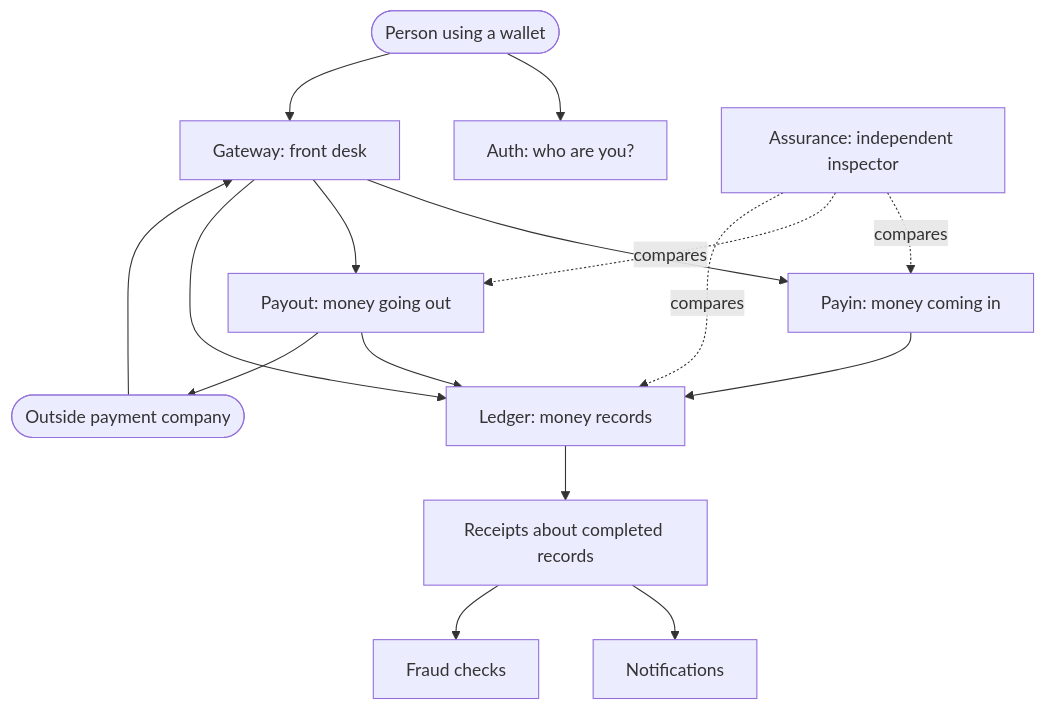
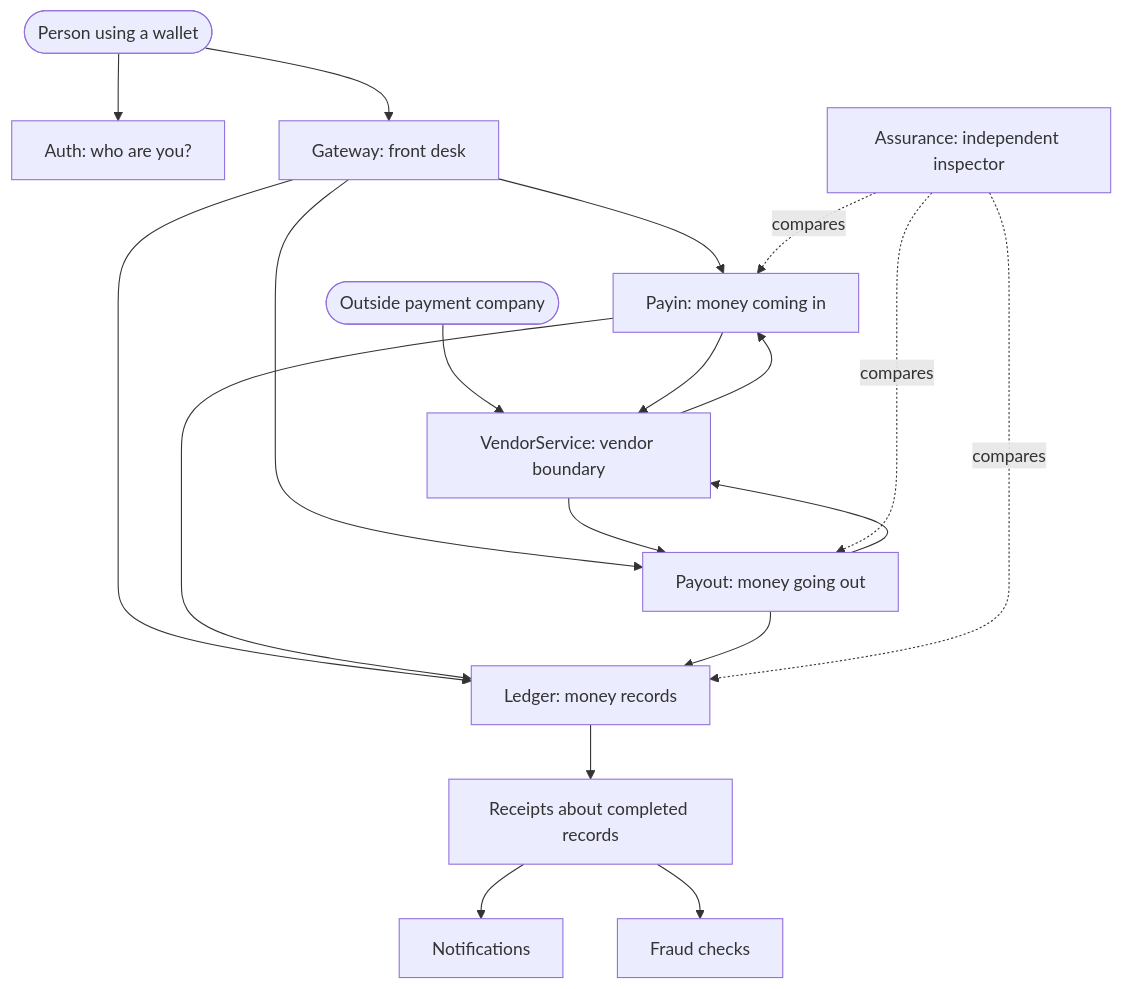
Before and after one commit to herdifirdausss/seev: the first of 4 diagrams in docs/learn/beginner-guide.md, drawn with Mermaid. The commit also changed other lines of this file and 234 other files, not shown here.

Commit message:
feat: add contract vendor boundary and load verification gates

````diff
--- a/docs/learn/beginner-guide.md
+++ b/docs/learn/beginner-guide.md
@@ -148,18 +148,21 @@
 ```mermaid
 flowchart TB
     Person([Person using a wallet]) --> Auth[Auth: who are you?]
     Person --> Gateway[Gateway: front desk]
     Gateway --> Payin[Payin: money coming in]
     Gateway --> Payout[Payout: money going out]
     Gateway --> Ledger[Ledger: money records]
     Payin --> Ledger
     Payout --> Ledger
-    Vendor([Outside payment company]) --> Gateway
-    Payout --> Vendor
+    Vendor([Outside payment company]) --> VendorService[VendorService: vendor boundary]
+    Payin --> VendorService
+    Payout --> VendorService
+    VendorService --> Payin
+    VendorService --> Payout
     Ledger --> Events[Receipts about completed records]
     Events --> Notify[Notifications]
     Events --> Fraud[Fraud checks]
     Assurance[Assurance: independent inspector] -. compares .-> Payin
     Assurance -. compares .-> Payout
     Assurance -. compares .-> Ledger
 ```
````
